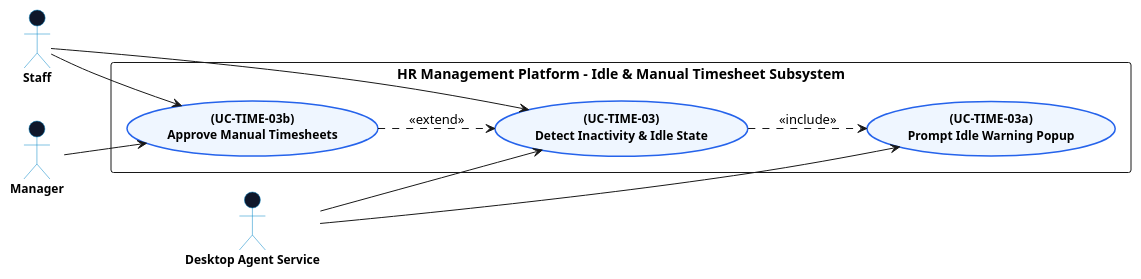
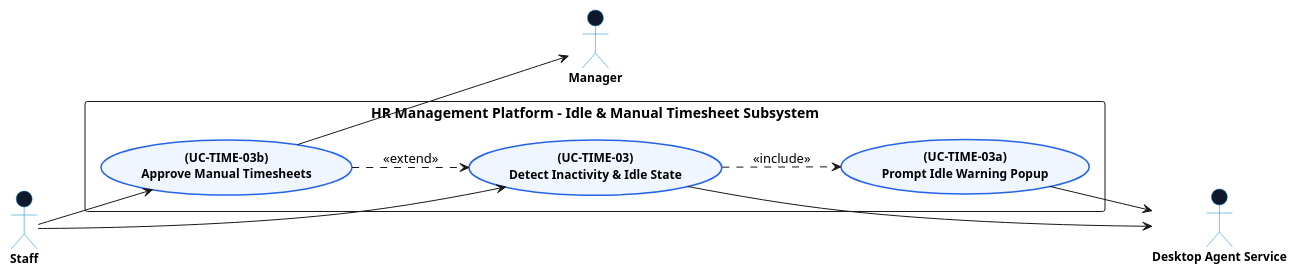
Before and after one commit to Dikhang1112/Monitoring_HR: the diagram in docs/usecase_diagram/time_tracking/IdleAdjustmentsDiagram.md, drawn with PlantUML. The commit also changed other lines of this file and 17 other files, not shown here.

Commit message:
Usecase diagram of payroll

````diff
--- a/docs/usecase_diagram/time_tracking/IdleAdjustmentsDiagram.md
+++ b/docs/usecase_diagram/time_tracking/IdleAdjustmentsDiagram.md
@@ -9,61 +9,66 @@
 ```plantuml
 @startuml
 left to right direction
 skinparam packageStyle rectangle
 skinparam backgroundColor #ffffff
 skinparam shadowing false
 skinparam actorStyle stickman
 
 skinparam usecase {
   BackgroundColor #EFF6FF
   BorderColor #2563EB
   BorderThickness 1.5
   FontSize 12
   FontStyle bold
   FontName "Segoe UI"
 }
 
 skinparam actor {
   BackgroundColor #0F172A
   BorderColor #0284C7
   FontSize 12
   FontStyle bold
   FontName "Segoe UI"
 }
 
 ' =====================================================
-' ACTORS
+' PRIMARY ACTORS (LEFT SIDE)
 ' =====================================================
 actor "Staff" as EMP
-actor "Manager" as MGR
-actor "Desktop Agent Service" as DESK_SVC
 
 ' =====================================================
-' SYSTEM BOUNDARY & USE CASES
+' SYSTEM BOUNDARY & USE CASES (CENTER)
 ' =====================================================
 rectangle "HR Management Platform - Idle & Manual Timesheet Subsystem" {
     
     usecase "(UC-TIME-03)\nDetect Inactivity & Idle State" as UC_TIME03
     usecase "(UC-TIME-03a)\nPrompt Idle Warning Popup" as UC_TIME03A
     usecase "(UC-TIME-03b)\nApprove Manual Timesheets" as UC_TIME03B
 }
 
 ' =====================================================
+' SECONDARY ACTORS (RIGHT SIDE)
+' =====================================================
+actor "Manager" as MGR
+actor "Desktop Agent Service" as DESK_SVC
+
+' =====================================================
 ' ACTOR CONNECTIONS
 ' =====================================================
+' Left Actors to Use Cases
 EMP --> UC_TIME03
 EMP --> UC_TIME03B
 
-MGR --> UC_TIME03B
-
-DESK_SVC --> UC_TIME03
-DESK_SVC --> UC_TIME03A
+' Use Cases to Right Actors
+UC_TIME03B --> MGR
+UC_TIME03 --> DESK_SVC
+UC_TIME03A --> DESK_SVC
 
 ' =====================================================
 ' INCLUDE & EXTEND RELATIONSHIPS
 ' =====================================================
 UC_TIME03 ..> UC_TIME03A : <<include>>
 UC_TIME03B ..> UC_TIME03 : <<extend>>
 
 @enduml
 ```
````
